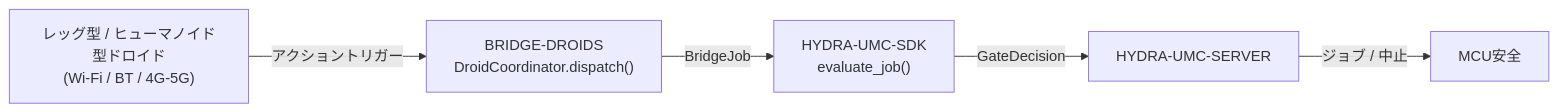
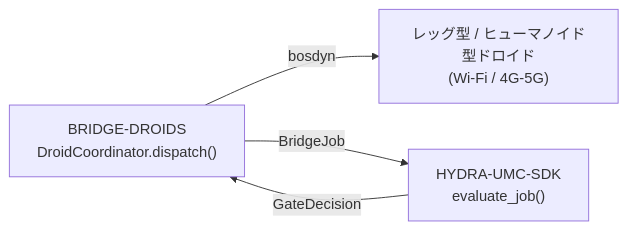
The diagram in README_jpn.md (JuanenRac/HYDRA-UMC-BRIDGE-DROIDS), drawn with Mermaid before and after one commit. The commit also changed other lines of this file and 20 other files, not shown here.

````diff
--- a/README_jpn.md
+++ b/README_jpn.md
@@ -50,7 +51,6 @@
 ```mermaid
 flowchart LR
-    DROID["レッグ型 / ヒューマノイド型ドロイド<br/>(Wi-Fi / BT / 4G-5G)"] -- "アクショントリガー" --> BRIDGE["BRIDGE-DROIDS<br/>DroidCoordinator.dispatch()"]
+    BRIDGE["BRIDGE-DROIDS<br/>DroidCoordinator.dispatch()"] -- "bosdyn" --> DROID["レッグ型 / ヒューマノイド型ドロイド<br/>(Wi-Fi / 4G-5G)"]
     BRIDGE -- BridgeJob --> SDK["HYDRA-UMC-SDK<br/>evaluate_job()"]
-    SDK -- GateDecision --> SERVER["HYDRA-UMC-SERVER"]
-    SERVER -- "ジョブ / 中止" --> MCU["MCU安全"]
+    SDK -- GateDecision --> BRIDGE
 ```
````
